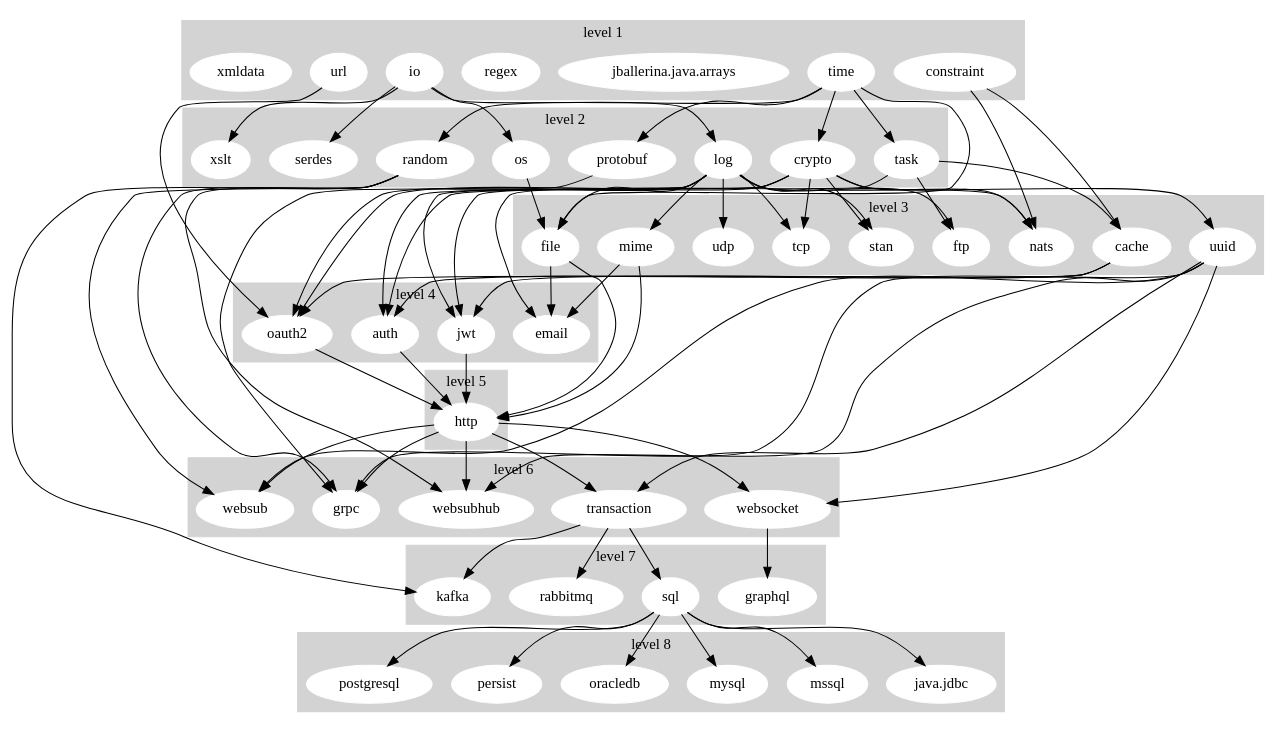
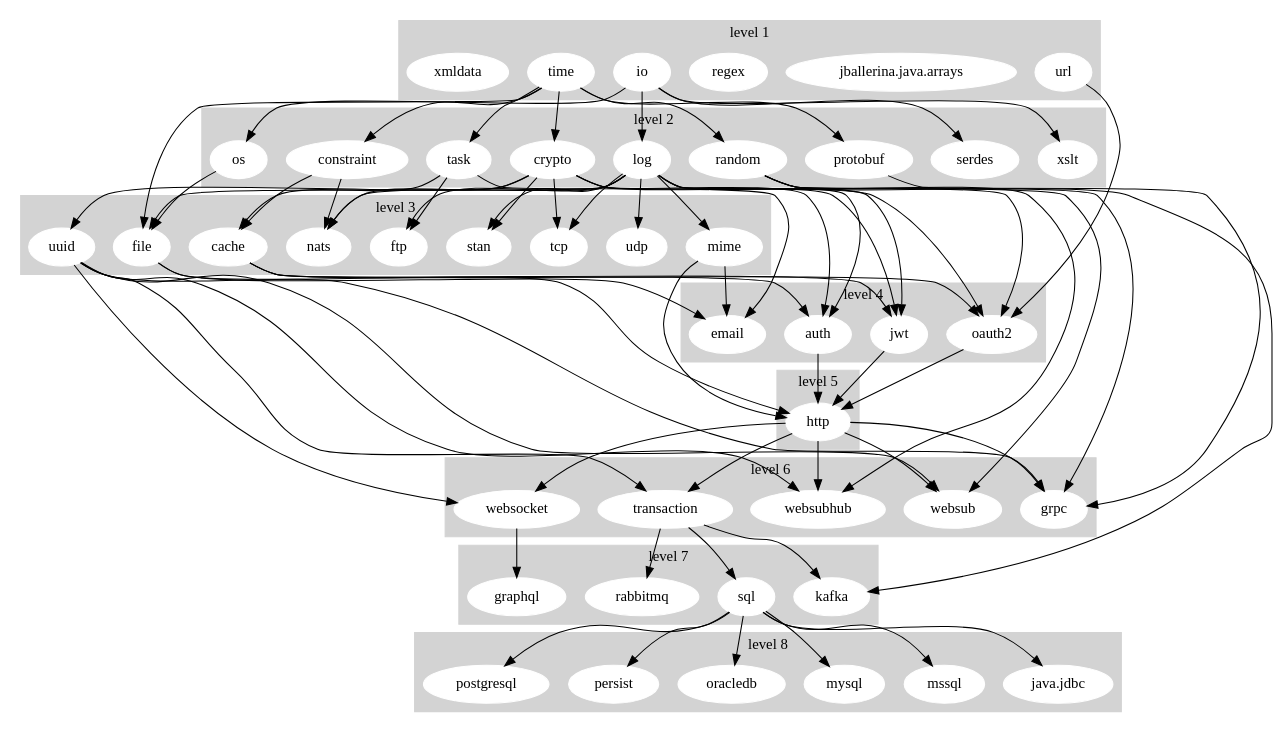
The diagram in dashboard/stdlib_graph.gv (ballerina-platform/ballerina-release), drawn with Graphviz before and after one commit.

Commit message:
[Automated] Update Stdlib Dependency Graph

```diff
--- a/dashboard/stdlib_graph.gv
+++ b/dashboard/stdlib_graph.gv
@@ -1,154 +1,155 @@
 digraph "Stdlib Dependency Graph" {
 	subgraph cluster_1 {
 		node [color=white style=filled]
 		color=lightgrey style=filled
-		constraint
 		io
 		"jballerina.java.arrays"
 		regex
 		time
 		url
 		xmldata
 		label="level 1"
 	}
 	subgraph cluster_2 {
 		node [color=white style=filled]
 		color=lightgrey style=filled
+		constraint
 		crypto
 		log
 		os
 		protobuf
 		random
 		serdes
 		task
 		xslt
 		label="level 2"
 	}
 	subgraph cluster_3 {
 		node [color=white style=filled]
 		color=lightgrey style=filled
 		cache
 		file
 		ftp
 		mime
 		nats
 		stan
 		tcp
 		udp
 		uuid
 		label="level 3"
 	}
 	subgraph cluster_4 {
 		node [color=white style=filled]
 		color=lightgrey style=filled
 		auth
 		email
 		jwt
 		oauth2
 		label="level 4"
 	}
 	subgraph cluster_5 {
 		node [color=white style=filled]
 		color=lightgrey style=filled
 		http
 		label="level 5"
 	}
 	subgraph cluster_6 {
 		node [color=white style=filled]
 		color=lightgrey style=filled
 		grpc
 		transaction
 		websocket
 		websub
 		websubhub
 		label="level 6"
 	}
 	subgraph cluster_7 {
 		node [color=white style=filled]
 		color=lightgrey style=filled
 		graphql
 		kafka
 		rabbitmq
 		sql
 		label="level 7"
 	}
 	subgraph cluster_8 {
 		node [color=white style=filled]
 		color=lightgrey style=filled
 		"java.jdbc"
 		mssql
 		mysql
 		oracledb
 		persist
 		postgresql
 		label="level 8"
 	}
-	constraint -> cache
-	constraint -> nats
 	io -> log
 	io -> os
 	io -> serdes
 	io -> xslt
+	time -> constraint
 	time -> crypto
 	time -> file
 	time -> protobuf
 	time -> random
 	time -> task
 	url -> oauth2
+	constraint -> cache
+	constraint -> nats
 	crypto -> auth
 	crypto -> jwt
 	crypto -> nats
 	crypto -> oauth2
 	crypto -> stan
 	crypto -> tcp
 	crypto -> uuid
 	log -> auth
 	log -> file
 	log -> ftp
 	log -> jwt
 	log -> mime
 	log -> nats
 	log -> oauth2
 	log -> stan
 	log -> tcp
 	log -> udp
 	os -> file
 	protobuf -> grpc
 	random -> grpc
 	random -> kafka
 	random -> websub
 	random -> websubhub
 	task -> cache
 	task -> email
 	task -> ftp
 	cache -> auth
 	cache -> jwt
 	cache -> oauth2
 	file -> email
 	file -> http
 	mime -> email
 	mime -> http
 	uuid -> grpc
 	uuid -> transaction
 	uuid -> websocket
 	uuid -> websub
 	uuid -> websubhub
 	auth -> http
 	jwt -> http
 	oauth2 -> http
 	http -> grpc
 	http -> transaction
 	http -> websocket
 	http -> websub
 	http -> websubhub
 	transaction -> kafka
 	transaction -> rabbitmq
 	transaction -> sql
 	websocket -> graphql
 	sql -> "java.jdbc"
 	sql -> mssql
 	sql -> mysql
 	sql -> oracledb
 	sql -> persist
 	sql -> postgresql
 }
```
